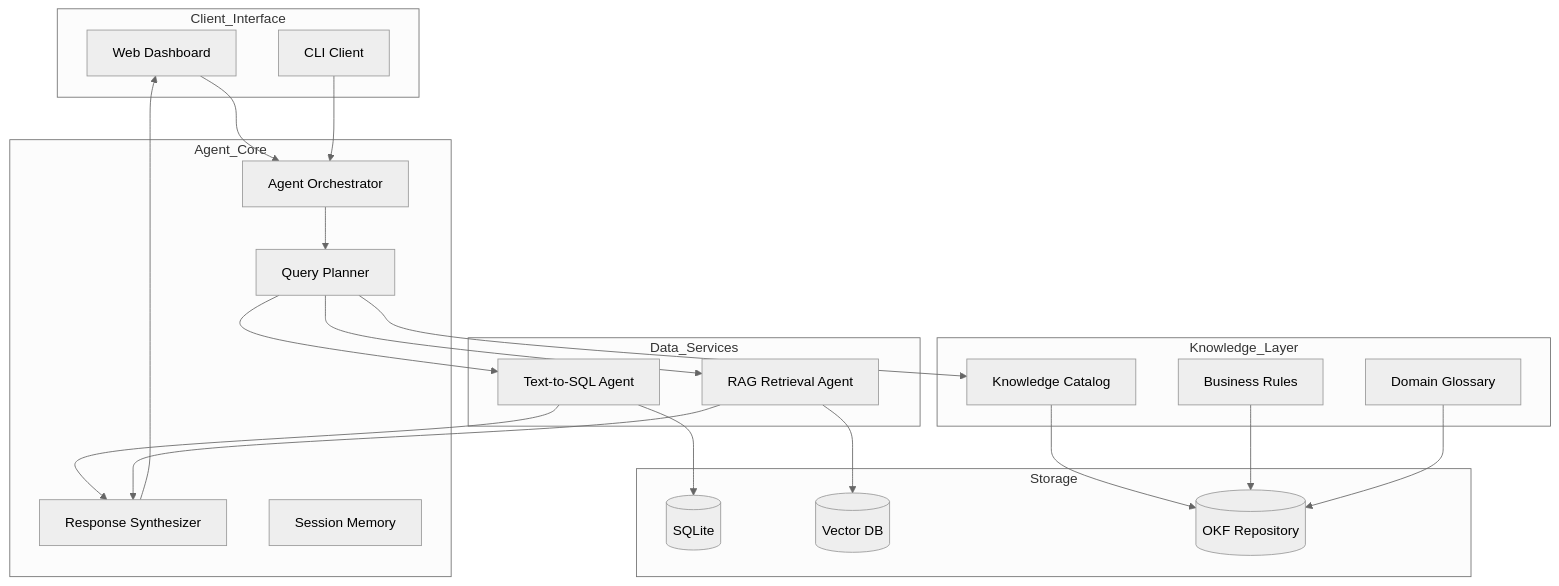
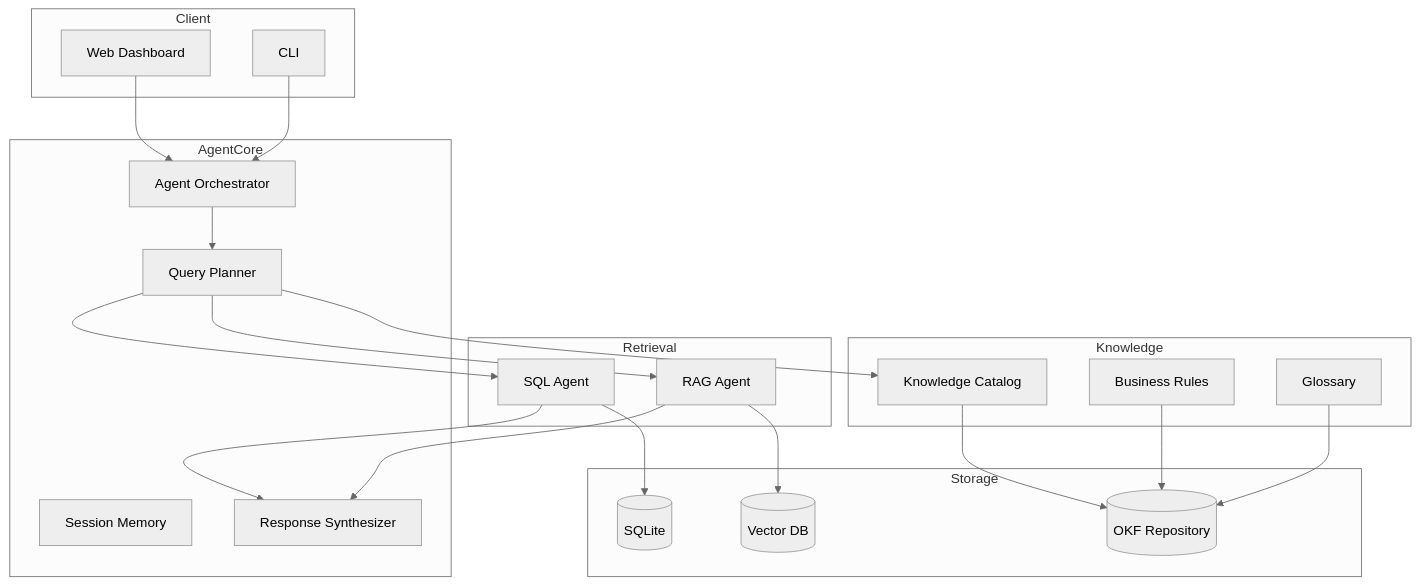
The second of 3 diagrams in README-revised.md (taewony/dqe), drawn with Mermaid (neutral theme) before and after one commit. The commit also changed other lines of this file, not shown here.

````diff
--- a/README-revised.md
+++ b/README-revised.md
@@ -123,79 +212,77 @@
 ```mermaid
 flowchart TD
 
-subgraph Client_Interface
+subgraph Client
 
-    UI[Web Dashboard]
+UI["Web Dashboard"]
 
-    CLI[CLI Client]
+CLI["CLI"]
 
 end
 
-subgraph Agent_Core
+subgraph AgentCore
 
-    Orchestrator[Agent Orchestrator]
+ORCH["Agent Orchestrator"]
 
-    Planner[Query Planner]
+PLAN["Query Planner"]
 
-    Synthesizer[Response Synthesizer]
+MEM["Session Memory"]
 
-    Memory[Session Memory]
+SYN["Response Synthesizer"]
 
 end
 
-subgraph Knowledge_Layer
+subgraph Knowledge
 
-    Catalog[Knowledge Catalog]
+CAT["Knowledge Catalog"]
 
-    Rules[Business Rules]
+RULE["Business Rules"]
 
-    Glossary[Domain Glossary]
+GLOSS["Glossary"]
 
 end
 
-subgraph Data_Services
+subgraph Retrieval
 
-    SQLAgent[Text-to-SQL Agent]
+SQL["SQL Agent"]
 
-    RAGAgent[RAG Retrieval Agent]
+RAG["RAG Agent"]
 
 end
 
 subgraph Storage
 
-    SQLite[(SQLite)]
+DB[("SQLite")]
 
-    VectorDB[(Vector DB)]
+VDB[("Vector DB")]
 
-    OKF[(OKF Repository)]
+OKF[("OKF Repository")]
 
 end
 
-UI --> Orchestrator
+UI --> ORCH
 
-CLI --> Orchestrator
+CLI --> ORCH
 
-Orchestrator --> Planner
+ORCH --> PLAN
 
-Planner --> Catalog
+PLAN --> CAT
 
-Planner --> SQLAgent
+PLAN --> SQL
 
-Planner --> RAGAgent
+PLAN --> RAG
 
-SQLAgent --> SQLite
+CAT --> OKF
 
-RAGAgent --> VectorDB
+RULE --> OKF
 
-Catalog --> OKF
+GLOSS --> OKF
 
-Rules --> OKF
+SQL --> DB
 
-Glossary --> OKF
+RAG --> VDB
 
-SQLAgent --> Synthesizer
+SQL --> SYN
 
-RAGAgent --> Synthesizer
-
-Synthesizer --> UI
+RAG --> SYN
 ```
````
